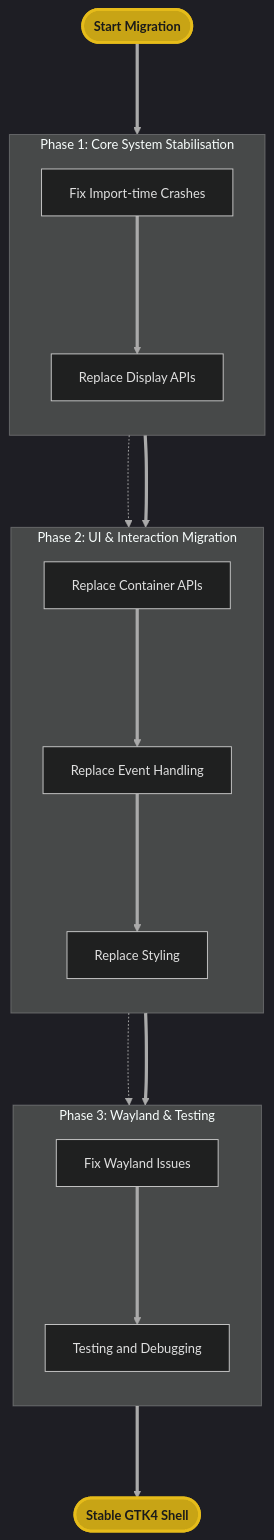
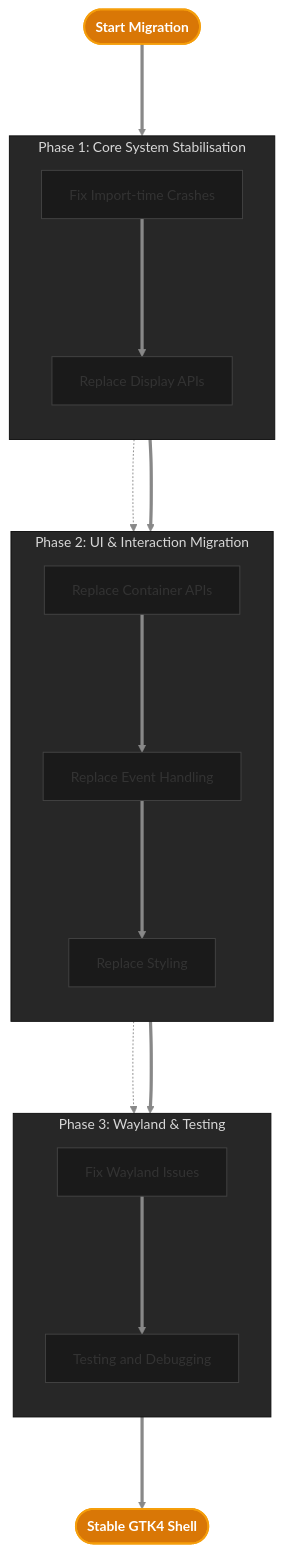
The seventh of 9 diagrams in proposal.md (Dev10-sys/sugar-proposal-gtk), drawn with Mermaid before and after one commit. The commit also changed other lines of this file, not shown here.

Commit message:
Refine diagrams: dark black background, clean white/black high contrast elements, vibrant amber accent, engineer-level architectural styling

````diff
--- a/proposal.md
+++ b/proposal.md
@@ -484,40 +484,40 @@
 ```mermaid
-%%{init: {'theme': 'dark', 'themeVariables': {'primaryColor': '#2a2a2a', 'primaryBorderColor': '#888', 'lineColor': '#aaa', 'textColor': '#e0e0e0', 'fontSize': '14px'}}}%%
+%%{init: {'theme': 'base', 'themeVariables': {'background': '#0a0a0a', 'primaryColor': '#1a1a1a', 'primaryBorderColor': '#444444', 'lineColor': '#888888', 'textColor': '#ffffff', 'fontSize': '15px'}}}%%
 flowchart TD
     Start(["Start Migration"])
 
     subgraph CoreStabilisation ["Phase 1: Core System Stabilisation"]
         direction TB
         A["Fix Import-time Crashes"]
         B["Replace Display APIs"]
     end
 
     subgraph APIMigration ["Phase 2: UI & Interaction Migration"]
         direction TB
         C["Replace Container APIs"]
         D["Replace Event Handling"]
         E["Replace Styling"]
     end
 
     subgraph WaylandCompat ["Phase 3: Wayland & Testing"]
         direction TB
         F["Fix Wayland Issues"]
         G["Testing and Debugging"]
     end
 
     H(["Stable GTK4 Shell"])
 
     Start ===> CoreStabilisation
     A ===> B
     CoreStabilisation ===> APIMigration
     B -.-> C
     C ===> D
     D ===> E
     APIMigration ===> WaylandCompat
     E -.-> F
     F ===> G
     WaylandCompat ===> H
 
-    style Start fill:#c8a415,stroke:#e6bc1a,stroke-width:3px,color:#1a1a1a,font-weight:bold
-    style H fill:#c8a415,stroke:#e6bc1a,stroke-width:3px,color:#1a1a1a,font-weight:bold
+    style Start fill:#d97706,stroke:#f59e0b,stroke-width:2px,color:#ffffff,font-weight:bold
+    style H fill:#d97706,stroke:#f59e0b,stroke-width:2px,color:#ffffff,font-weight:bold
 ```
````
